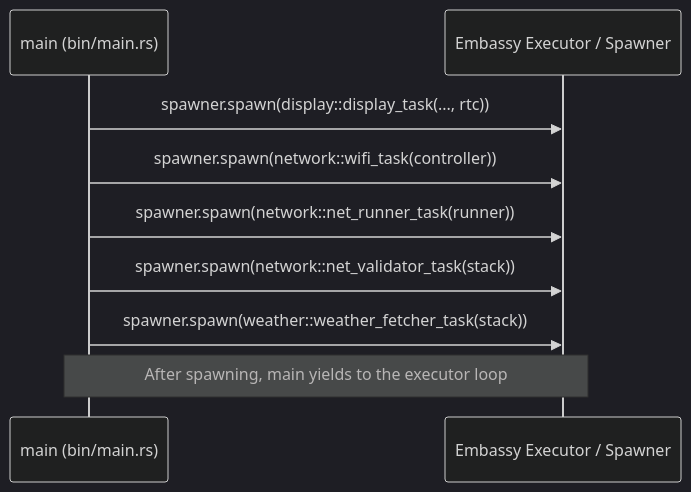
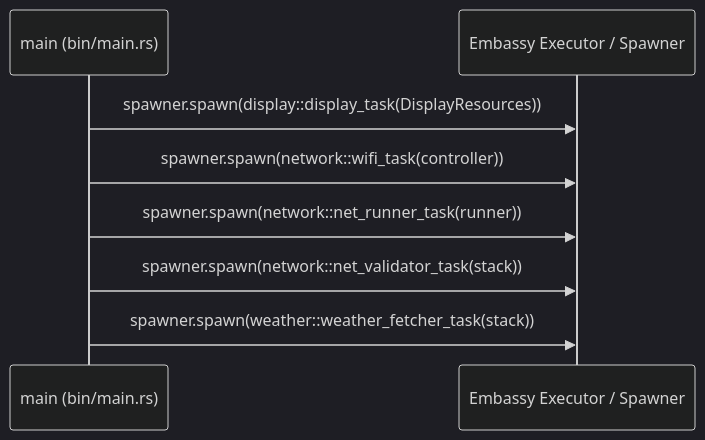
The first of 2 diagrams in README.md (ScottCUSA/magtag_weatherstation_rs), drawn with Mermaid (dark theme) before and after one commit. The commit also changed other lines of this file, not shown here.

Commit message:
refactor: reorganize project structure for clarity and improve task handling

````diff
--- a/README.md
+++ b/README.md
@@ -166,13 +162,11 @@
 ```mermaid
 sequenceDiagram
    participant Main as main (bin/main.rs)
    participant Executor as Embassy Executor / Spawner
 
-   Main->>Executor: spawner.spawn(display::display_task(..., rtc))
+   Main->>Executor: spawner.spawn(display::display_task(DisplayResources))
    Main->>Executor: spawner.spawn(network::wifi_task(controller))
    Main->>Executor: spawner.spawn(network::net_runner_task(runner))
    Main->>Executor: spawner.spawn(network::net_validator_task(stack))
    Main->>Executor: spawner.spawn(weather::weather_fetcher_task(stack))
-
-   Note over Main,Executor: After spawning, main yields to the executor loop
 ```
````
